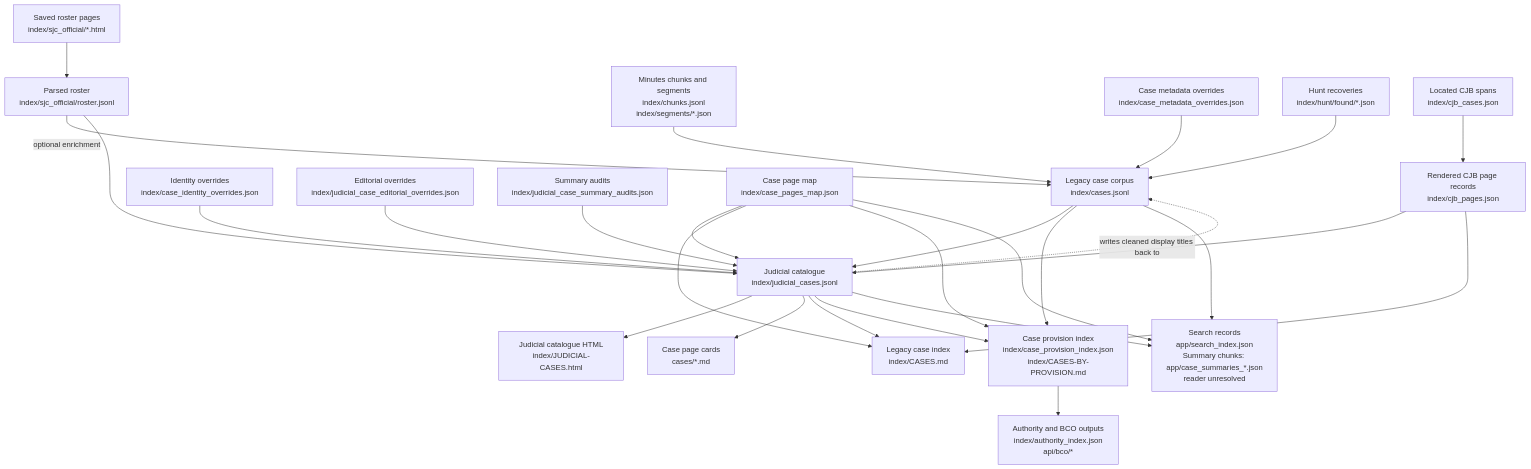
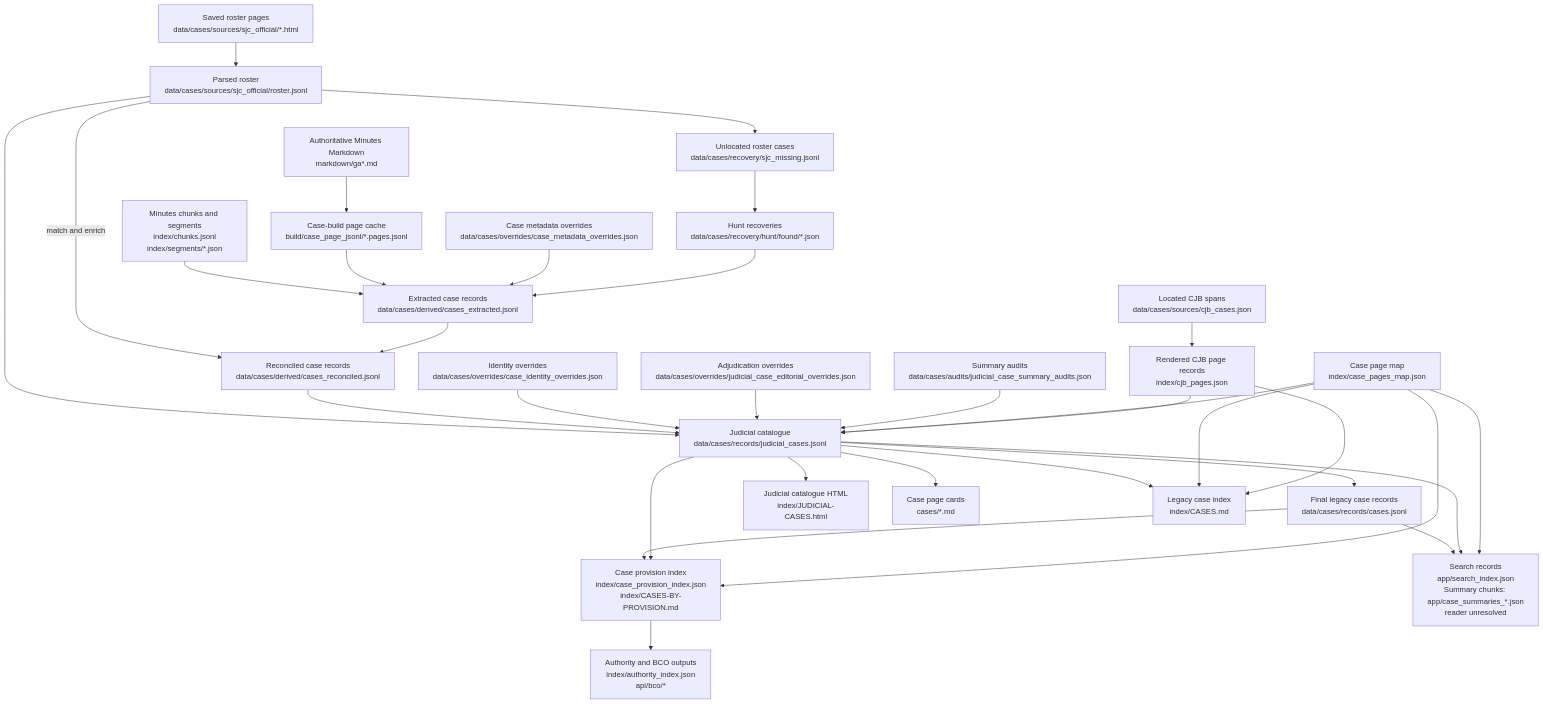
One commit to raymond-rishty/pca-ga changed the diagram in docs/JUDICIAL-CASE-DATA-FLOW.md. Above: the diagram before and after it, drawn with Mermaid. The commit also changed other lines of this file and 273 other files, not shown here.

Commit message:
refactor: organize judicial case data pipeline

````diff
--- a/docs/JUDICIAL-CASE-DATA-FLOW.md
+++ b/docs/JUDICIAL-CASE-DATA-FLOW.md
@@ -11,29 +11,34 @@
 ```mermaid
 flowchart TD
-    H[Saved roster pages<br/>index/sjc_official/*.html] --> R[Parsed roster<br/>index/sjc_official/roster.jsonl]
-    M[Minutes chunks and segments<br/>index/chunks.jsonl<br/>index/segments/*.json] --> E[Legacy case corpus<br/>index/cases.jsonl]
-    MO[Case metadata overrides<br/>index/case_metadata_overrides.json] --> E
-    R -->|optional enrichment| E
-    HF[Hunt recoveries<br/>index/hunt/found/*.json] --> E
-    R --> C[Judicial catalogue<br/>index/judicial_cases.jsonl]
-    E --> C
-    IO[Identity overrides<br/>index/case_identity_overrides.json] --> C
-    EO[Editorial overrides<br/>index/judicial_case_editorial_overrides.json] --> C
-    SA[Summary audits<br/>index/judicial_case_summary_audits.json] --> C
+    H[Saved roster pages<br/>data/cases/sources/sjc_official/*.html] --> R[Parsed roster<br/>data/cases/sources/sjc_official/roster.jsonl]
+    MD[Authoritative Minutes Markdown<br/>markdown/ga*.md] --> CPJ[Case-build page cache<br/>build/case_page_jsonl/*.pages.jsonl]
+    M[Minutes chunks and segments<br/>index/chunks.jsonl<br/>index/segments/*.json] --> E[Extracted case records<br/>data/cases/derived/cases_extracted.jsonl]
+    CPJ --> E
+    MO[Case metadata overrides<br/>data/cases/overrides/case_metadata_overrides.json] --> E
+    R -->|match and enrich| RC
+    R --> MISS[Unlocated roster cases<br/>data/cases/recovery/sjc_missing.jsonl]
+    MISS --> HF
+    HF[Hunt recoveries<br/>data/cases/recovery/hunt/found/*.json] --> E
+    E --> RC[Reconciled case records<br/>data/cases/derived/cases_reconciled.jsonl]
+    R --> C[Judicial catalogue<br/>data/cases/records/judicial_cases.jsonl]
+    RC --> C
+    IO[Identity overrides<br/>data/cases/overrides/case_identity_overrides.json] --> C
+    EO[Adjudication overrides<br/>data/cases/overrides/judicial_case_editorial_overrides.json] --> C
+    SA[Summary audits<br/>data/cases/audits/judicial_case_summary_audits.json] --> C
     PM[Case page map<br/>index/case_pages_map.json] --> C
-    CPI[Located CJB spans<br/>index/cjb_cases.json] --> CPP[Rendered CJB page records<br/>index/cjb_pages.json]
+    CPI[Located CJB spans<br/>data/cases/sources/cjb_cases.json] --> CPP[Rendered CJB page records<br/>index/cjb_pages.json]
     CPP --> C
-    C -. writes cleaned display titles back to .-> E
+    C --> F[Final legacy case records<br/>data/cases/records/cases.jsonl]
     C --> V[Judicial catalogue HTML<br/>index/JUDICIAL-CASES.html]
     C --> V2[Case page cards<br/>cases/*.md]
     C --> V3[Legacy case index<br/>index/CASES.md]
     PM --> V3
     CPP --> V3
-    E --> P[Case provision index<br/>index/case_provision_index.json<br/>index/CASES-BY-PROVISION.md]
+    F --> P[Case provision index<br/>index/case_provision_index.json<br/>index/CASES-BY-PROVISION.md]
     C --> P
     PM --> P
-    E --> S[Search records<br/>app/search_index.json<br/>Summary chunks: app/case_summaries_*.json<br/>reader unresolved]
+    F --> S[Search records<br/>app/search_index.json<br/>Summary chunks: app/case_summaries_*.json<br/>reader unresolved]
     C --> S
     PM --> S
     P --> A[Authority and BCO outputs<br/>index/authority_index.json<br/>api/bco/*]
 ```
````
